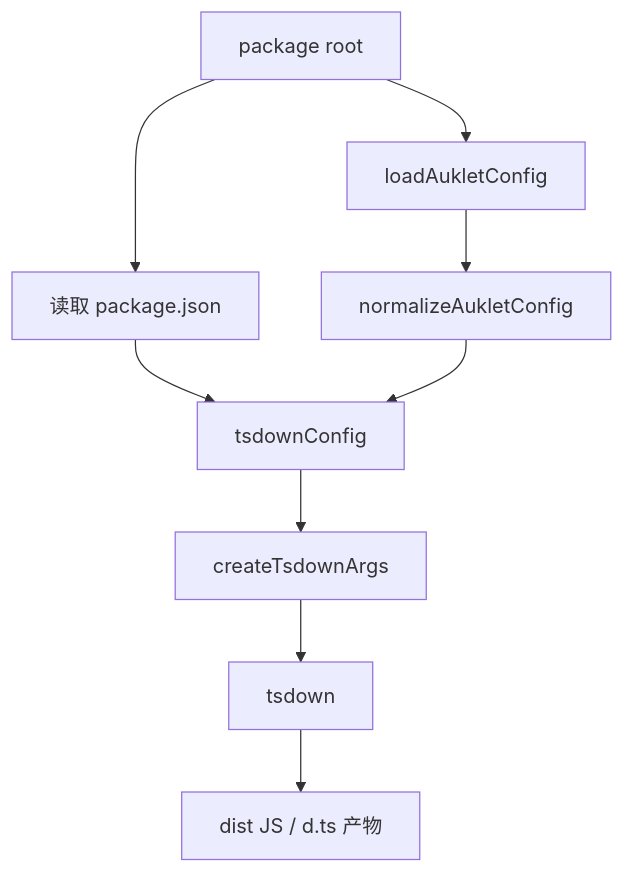
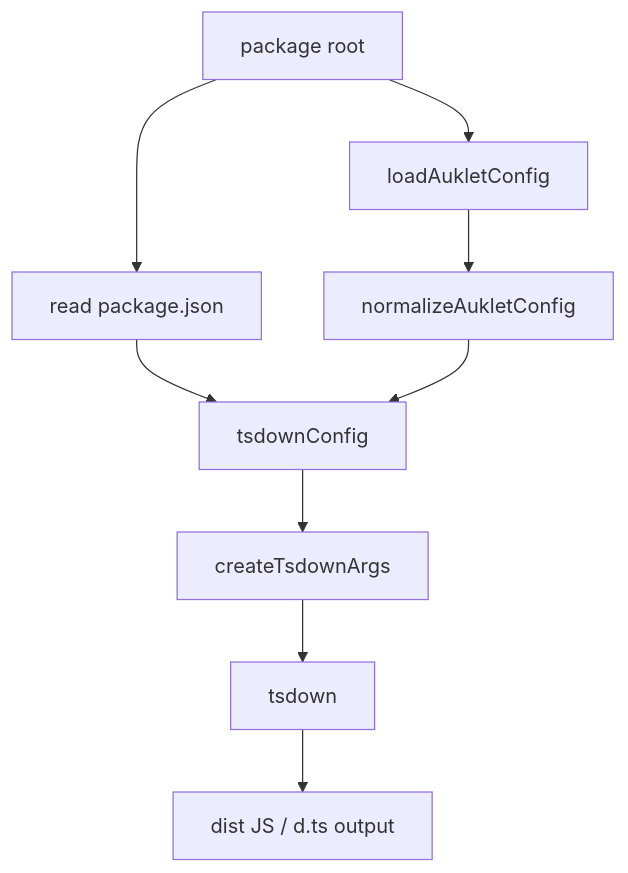
Before and after one commit to imtaotao/auklet: the second of 4 diagrams in CONTRIBUTING.md, drawn with Mermaid. The commit also changed other lines of this file and 9 other files, not shown here.

````diff
--- a/CONTRIBUTING.md
+++ b/CONTRIBUTING.md
@@ -225,11 +303,11 @@
 ```mermaid
 flowchart TD
-  PackageRoot["package root"] --> LoadPkg["读取 package.json"]
+  PackageRoot["package root"] --> LoadPkg["read package.json"]
   PackageRoot --> LoadConfig["loadAukletConfig"]
   LoadConfig --> Normalize["normalizeAukletConfig"]
   LoadPkg --> TsdownConfig["tsdownConfig"]
   Normalize --> TsdownConfig
   TsdownConfig --> Args["createTsdownArgs"]
   Args --> Tsdown["tsdown"]
-  Tsdown --> Dist["dist JS / d.ts 产物"]
+  Tsdown --> Dist["dist JS / d.ts output"]
 ```
````
